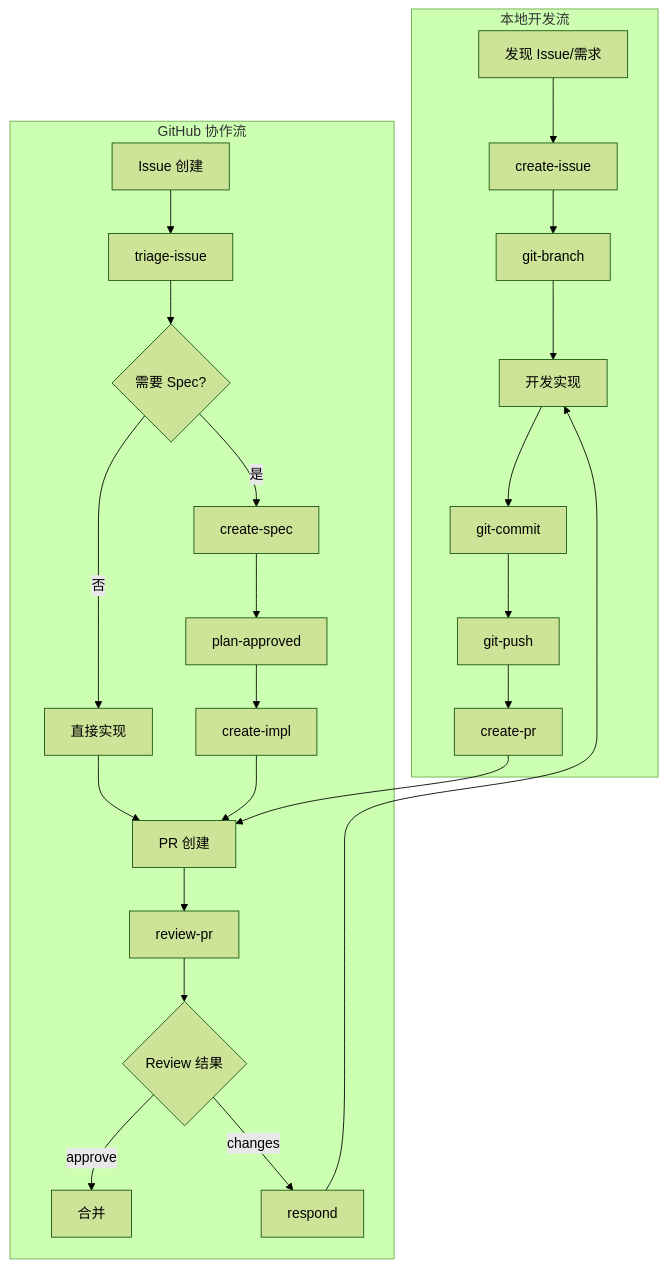
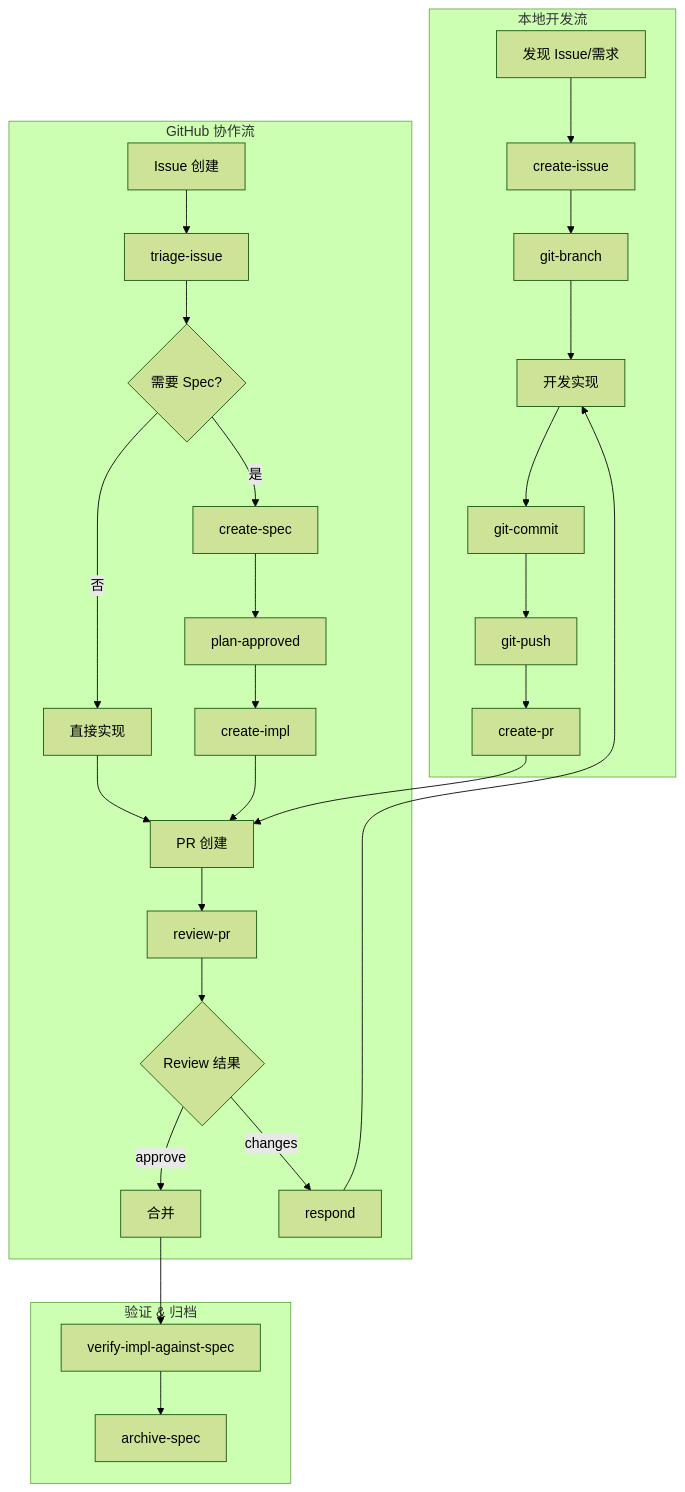
One commit to jialinamazon404/DevForge-Flow changed the first of 2 diagrams in README.md. Above: the diagram before and after it, drawn with Mermaid (forest theme). The commit also changed other lines of this file and 16 other files, not shown here.

First line of the commit message:
feat: add spec-search skill, verify/archive workflows, and local helper scripts

````diff
--- a/README.md
+++ b/README.md
@@ -439,29 +490,34 @@
 ```mermaid
 flowchart TB
     subgraph Local["本地开发流"]
         A[发现 Issue/需求] --> B[create-issue]
         B --> C[git-branch]
         C --> D[开发实现]
         D --> E[git-commit]
         E --> F[git-push]
         F --> G[create-pr]
     end
     
     subgraph GitHub["GitHub 协作流"]
         H[Issue 创建] --> I[triage-issue]
         I --> J{需要 Spec?}
         J -->|是| K[create-spec]
         K --> L[plan-approved]
         L --> M[create-impl]
         J -->|否| N[直接实现]
         N --> O[PR 创建]
         M --> O
         O --> P[review-pr]
         P --> Q{Review 结果}
         Q -->|approve| R[合并]
         Q -->|changes| S[respond]
         S --> D
     end
+
+    subgraph Verify["验证 & 归档"]
+        R --> V[verify-impl-against-spec]
+        V --> A2[archive-spec]
+    end
     
     G --> O
 ```
````
